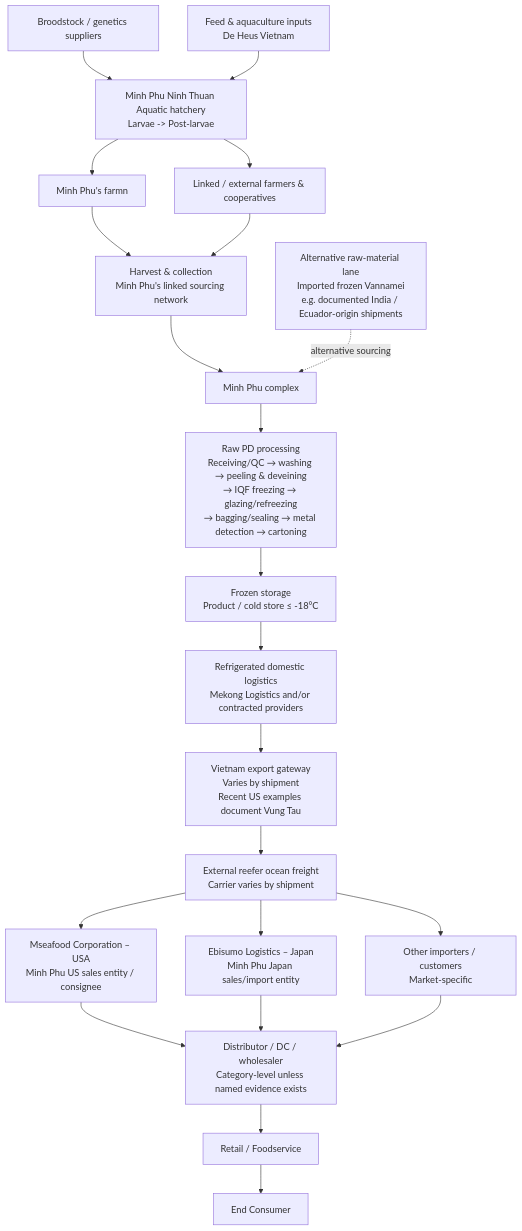
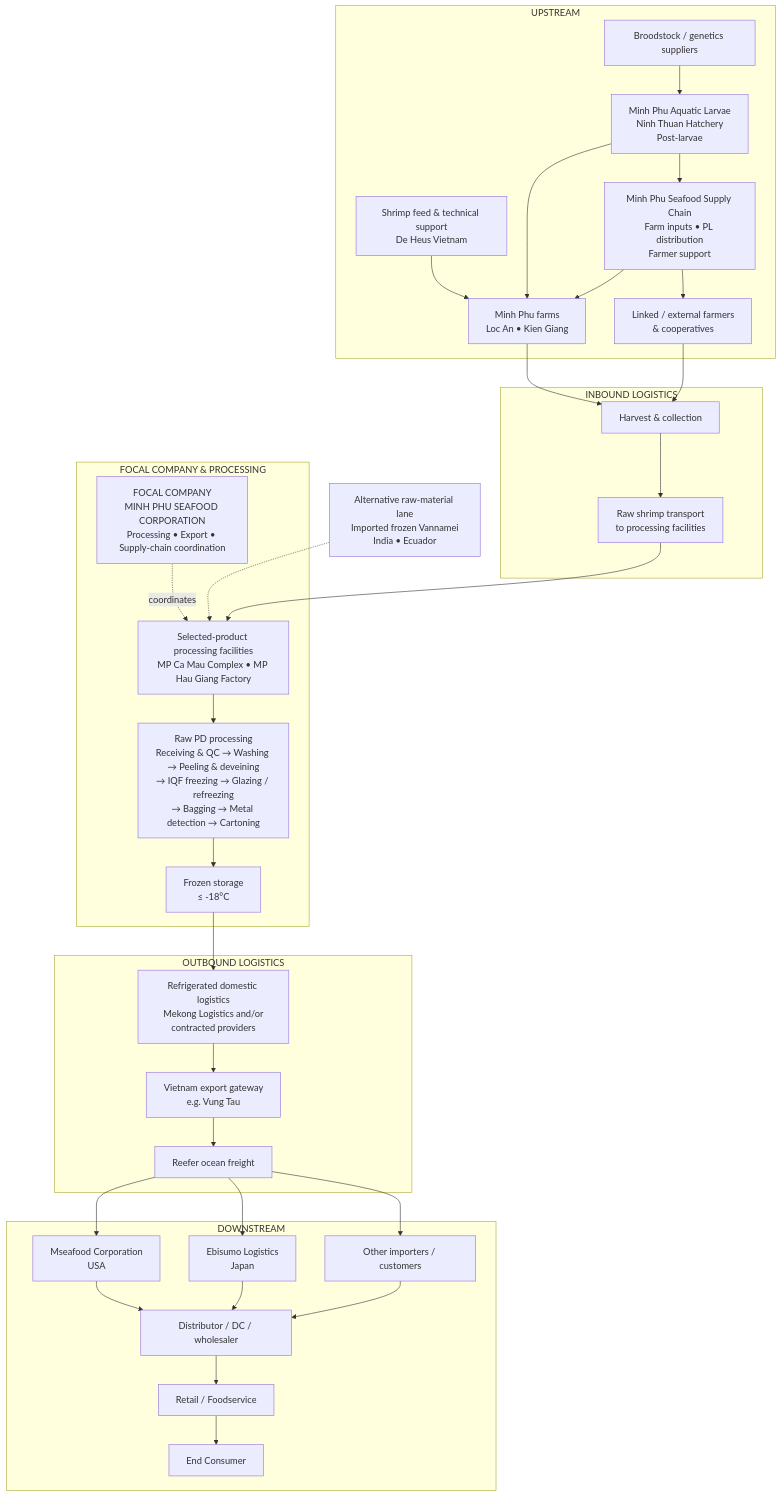
Before and after one commit to khoahcmiu/khoa: the diagram in minh_phu_supply_chain_master_clean_v2.md, drawn with Mermaid.

````diff
--- a/minh_phu_supply_chain_master_clean_v2.md
+++ b/minh_phu_supply_chain_master_clean_v2.md
@@ -24,83 +24,120 @@
 ```mermaid
 flowchart TD
 
-    A["Broodstock / genetics suppliers"]
+    %% =========================
+    %% UPSTREAM
+    %% =========================
+    subgraph U["UPSTREAM"]
+        A["Broodstock / genetics suppliers"]
 
-    B["Feed & aquaculture inputs<br/>De Heus Vietnam"]
+        B["Shrimp feed & technical support<br/>De Heus Vietnam"]
 
-    C["Minh Phu Ninh Thuan Aquatic hatchery<br/>Larvae -> Post-larvae"]
+        C["Minh Phu Aquatic Larvae<br/>Ninh Thuan Hatchery<br/>Post-larvae"]
 
-    D1["Minh Phu's farmn"]
+        S["Minh Phu Seafood Supply Chain<br/>Farm inputs • PL distribution<br/>Farmer support"]
 
-    D2["Linked / external farmers & cooperatives"]
+        D1["Minh Phu farms<br/>Loc An • Kien Giang"]
 
-    E["Harvest & collection<br/>Minh Phu's linked sourcing network"]
+        D2["Linked / external farmers<br/>& cooperatives"]
 
-    F1["Minh Phu complex"]
+        A --> C
+        C --> D1
+        C --> S
 
-    G["Raw PD processing<br/>Receiving/QC → washing → peeling & deveining<br/>→ IQF freezing → glazing/refreezing<br/>→ bagging/sealing → metal detection → cartoning"]
+        B --> D1
 
-    H["Frozen storage<br/>Product / cold store ≤ -18°C"]
+        S --> D1
+        S --> D2
+    end
 
-    I["Refrigerated domestic logistics<br/>Mekong Logistics and/or contracted providers"]
 
-    J["Vietnam export gateway<br/>Varies by shipment<br/>Recent US examples document Vung Tau"]
+    %% =========================
+    %% INBOUND LOGISTICS
+    %% =========================
+    subgraph IN["INBOUND LOGISTICS"]
+        E["Harvest & collection"]
 
-    K["External reefer ocean freight<br/>Carrier varies by shipment"]
+        T["Raw shrimp transport<br/>to processing facilities"]
 
-    L1["Mseafood Corporation – USA<br/>Minh Phu US sales entity / consignee"]
+        E --> T
+    end
 
-    L2["Ebisumo Logistics – Japan<br/>Minh Phu Japan sales/import entity"]
+    D1 --> E
+    D2 --> E
 
-    L3["Other importers / customers<br/>Market-specific"]
 
-    M["Distributor / DC / wholesaler<br/>Category-level unless named evidence exists"]
+    %% =========================
+    %% FOCAL COMPANY / PROCESSING
+    %% =========================
+    subgraph FC["FOCAL COMPANY & PROCESSING"]
+        
+        MPC["FOCAL COMPANY<br/>MINH PHU SEAFOOD CORPORATION<br/>Processing • Export • Supply-chain coordination"]
 
-    N["Retail / Foodservice"]
+        F["Selected-product processing facilities<br/>MP Ca Mau Complex • MP Hau Giang Factory"]
 
-    O["End Consumer"]
+        G["Raw PD processing<br/>Receiving & QC → Washing → Peeling & deveining<br/>→ IQF freezing → Glazing / refreezing<br/>→ Bagging → Metal detection → Cartoning"]
 
-    X["Alternative raw-material lane<br/>Imported frozen Vannamei<br/>e.g. documented India / Ecuador-origin shipments"]
+        H["Frozen storage<br/>≤ -18°C"]
 
-    A --> C
+        F --> G
+        G --> H
 
-    B --> C
+        MPC -. coordinates .-> F
+    end
 
-    C --> D1
+    T --> F
 
-    C --> D2
 
-    D1 --> E
+    %% Alternative sourcing
+    X["Alternative raw-material lane<br/>Imported frozen Vannamei<br/>India • Ecuador"]
 
-    D2 --> E
+    X -.-> F
 
-    E --> F1
 
-    X -. alternative sourcing .-> F1
+    %% =========================
+    %% OUTBOUND LOGISTICS
+    %% =========================
+    subgraph OUT["OUTBOUND LOGISTICS"]
 
-    F1 --> G
+        I["Refrigerated domestic logistics<br/>Mekong Logistics and/or<br/>contracted providers"]
 
-    G --> H
+        J["Vietnam export gateway<br/>e.g. Vung Tau"]
 
-    H --> I
+        K["Reefer ocean freight"]
 
-    I --> J
+        I --> J
+        J --> K
+    end
 
-    J --> K
+    H --> I
 
-    K --> L1
 
-    K --> L2
+    %% =========================
+    %% DOWNSTREAM
+    %% =========================
+    subgraph D["DOWNSTREAM"]
 
-    K --> L3
+        L1["Mseafood Corporation<br/>USA"]
 
-    L1 --> M
+        L2["Ebisumo Logistics<br/>Japan"]
 
-    L2 --> M
+        L3["Other importers / customers"]
 
-    L3 --> M
+        M["Distributor / DC / wholesaler"]
 
-    M --> N
+        N["Retail / Foodservice"]
 
-    N --> O
+        O["End Consumer"]
+
+        L1 --> M
+        L2 --> M
+        L3 --> M
+
+        M --> N
+        N --> O
+    end
+
+    K --> L1
+    K --> L2
+    K --> L3
 ```
````
